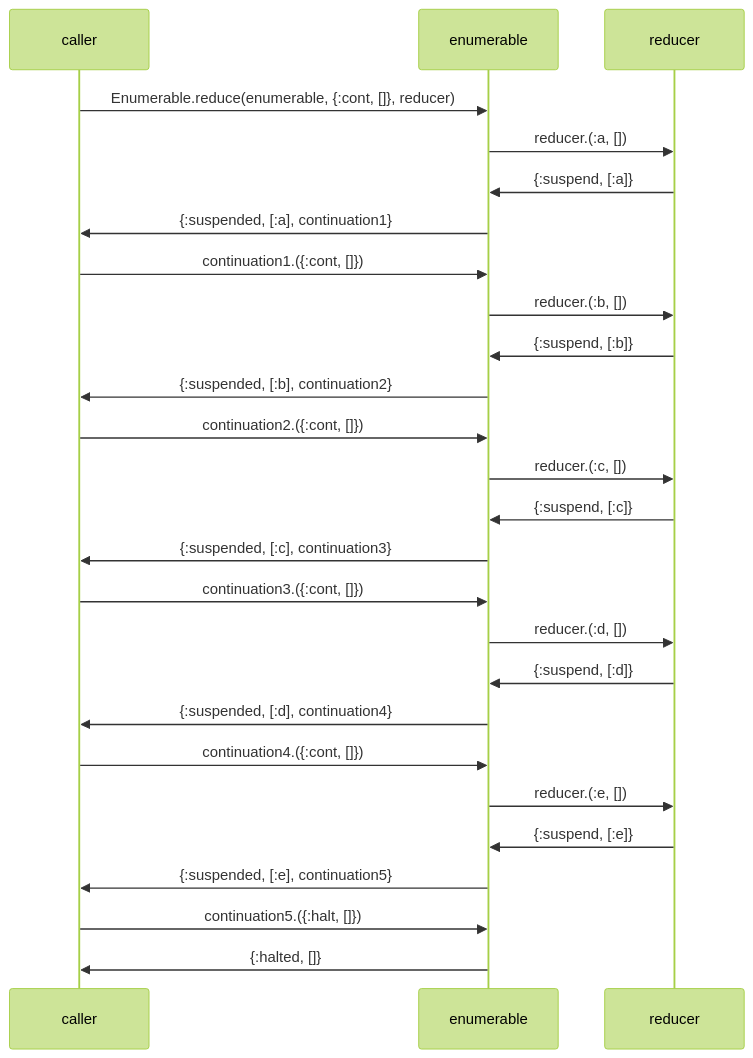
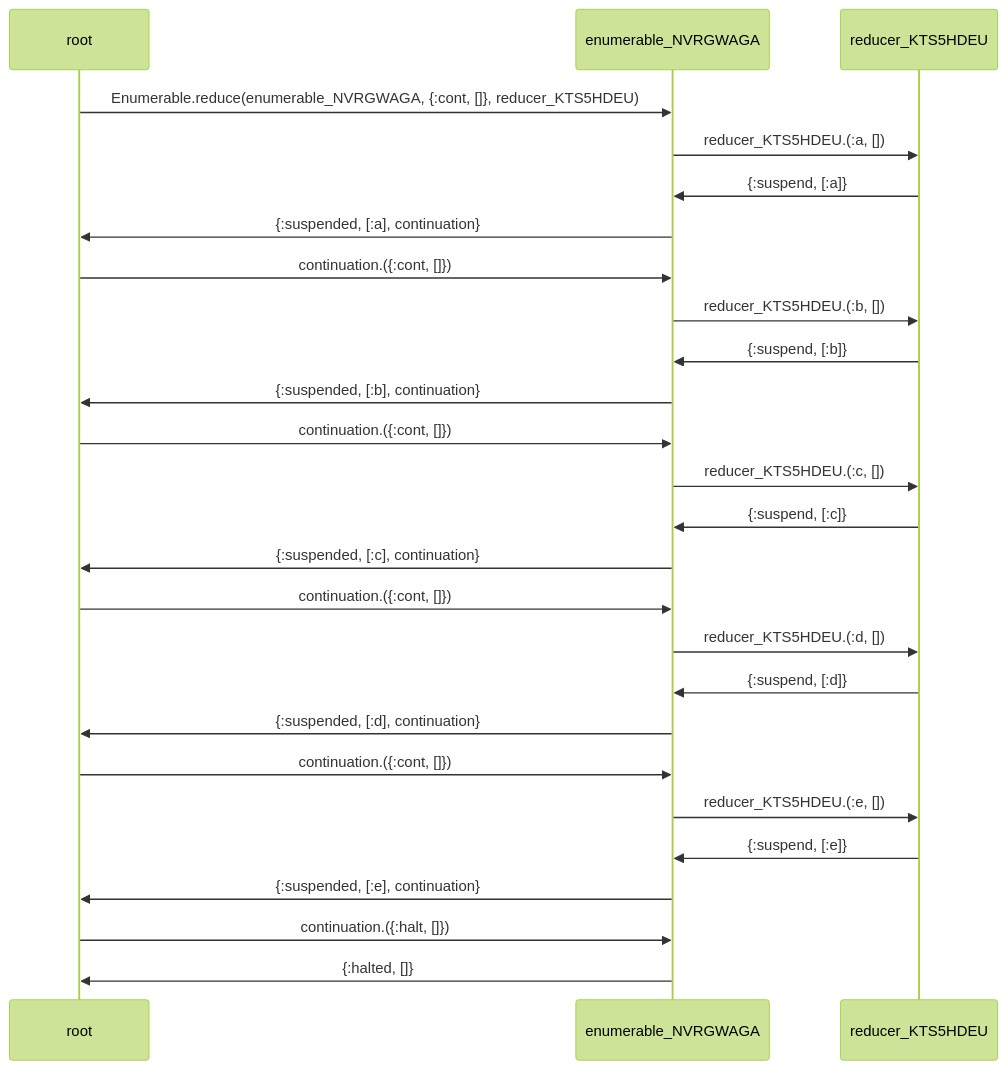
One commit to brettbeatty/elixir_enumerable_tracer changed the second of 2 diagrams in README.md. Above: the diagram before and after it, drawn with Mermaid (forest theme). The commit also changed other lines of this file and 1 other file, not shown here.

Commit message:
Support cross-enumerable traces

````diff
--- a/README.md
+++ b/README.md
@@ -53,25 +56,28 @@
 ```mermaid
 sequenceDiagram
- caller->>enumerable: Enumerable.reduce(enumerable, {:cont, []}, reducer)
- enumerable->>reducer: reducer.(:a, [])
- reducer->>enumerable: {:suspend, [:a]}
- enumerable->>caller: {:suspended, [:a], continuation1}
- caller->>enumerable: continuation1.({:cont, []})
- enumerable->>reducer: reducer.(:b, [])
- reducer->>enumerable: {:suspend, [:b]}
- enumerable->>caller: {:suspended, [:b], continuation2}
- caller->>enumerable: continuation2.({:cont, []})
- enumerable->>reducer: reducer.(:c, [])
- reducer->>enumerable: {:suspend, [:c]}
- enumerable->>caller: {:suspended, [:c], continuation3}
- caller->>enumerable: continuation3.({:cont, []})
- enumerable->>reducer: reducer.(:d, [])
- reducer->>enumerable: {:suspend, [:d]}
- enumerable->>caller: {:suspended, [:d], continuation4}
- caller->>enumerable: continuation4.({:cont, []})
- enumerable->>reducer: reducer.(:e, [])
- reducer->>enumerable: {:suspend, [:e]}
- enumerable->>caller: {:suspended, [:e], continuation5}
- caller->>enumerable: continuation5.({:halt, []})
- enumerable->>caller: {:halted, []}
+  participant L7V33XOK as root
+  participant NVRGWAGA as enumerable_NVRGWAGA
+  participant KTS5HDEU as reducer_KTS5HDEU
+  L7V33XOK->>NVRGWAGA: Enumerable.reduce(enumerable_NVRGWAGA, {:cont, []}, reducer_KTS5HDEU)
+  NVRGWAGA->>KTS5HDEU: reducer_KTS5HDEU.(:a, [])
+  KTS5HDEU->>NVRGWAGA: {:suspend, [:a]}
+  NVRGWAGA->>L7V33XOK: {:suspended, [:a], continuation}
+  L7V33XOK->>NVRGWAGA: continuation.({:cont, []})
+  NVRGWAGA->>KTS5HDEU: reducer_KTS5HDEU.(:b, [])
+  KTS5HDEU->>NVRGWAGA: {:suspend, [:b]}
+  NVRGWAGA->>L7V33XOK: {:suspended, [:b], continuation}
+  L7V33XOK->>NVRGWAGA: continuation.({:cont, []})
+  NVRGWAGA->>KTS5HDEU: reducer_KTS5HDEU.(:c, [])
+  KTS5HDEU->>NVRGWAGA: {:suspend, [:c]}
+  NVRGWAGA->>L7V33XOK: {:suspended, [:c], continuation}
+  L7V33XOK->>NVRGWAGA: continuation.({:cont, []})
+  NVRGWAGA->>KTS5HDEU: reducer_KTS5HDEU.(:d, [])
+  KTS5HDEU->>NVRGWAGA: {:suspend, [:d]}
+  NVRGWAGA->>L7V33XOK: {:suspended, [:d], continuation}
+  L7V33XOK->>NVRGWAGA: continuation.({:cont, []})
+  NVRGWAGA->>KTS5HDEU: reducer_KTS5HDEU.(:e, [])
+  KTS5HDEU->>NVRGWAGA: {:suspend, [:e]}
+  NVRGWAGA->>L7V33XOK: {:suspended, [:e], continuation}
+  L7V33XOK->>NVRGWAGA: continuation.({:halt, []})
+  NVRGWAGA->>L7V33XOK: {:halted, []}
 ```
````
